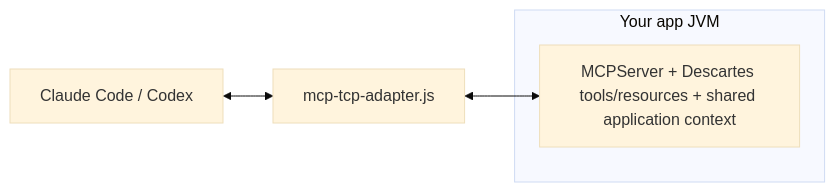
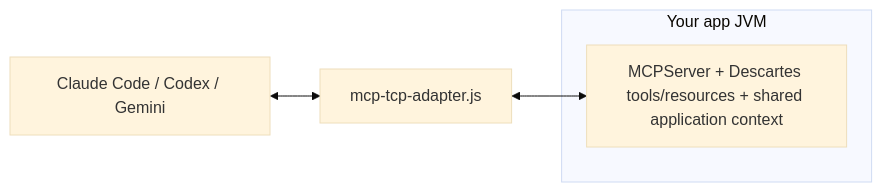
Before and after one commit to widoriezebos/descartes-mcp: the second of 2 diagrams in README.md, drawn with Mermaid (base theme). The commit also changed other lines of this file and 39 other files, not shown here.

````diff
--- a/README.md
+++ b/README.md
@@ -162,10 +156,10 @@
 ```mermaid
 flowchart LR
-  A["Claude Code / Codex"] <--> B["mcp-tcp-adapter.js"]
+  A["Claude Code / Codex / Gemini"] <--> B["mcp-tcp-adapter.js"]
 
   subgraph APP["Your app JVM"]
     C1["MCPServer + Descartes tools/resources + shared application context"]
   end
 
   B <--> C1
 ```
````
